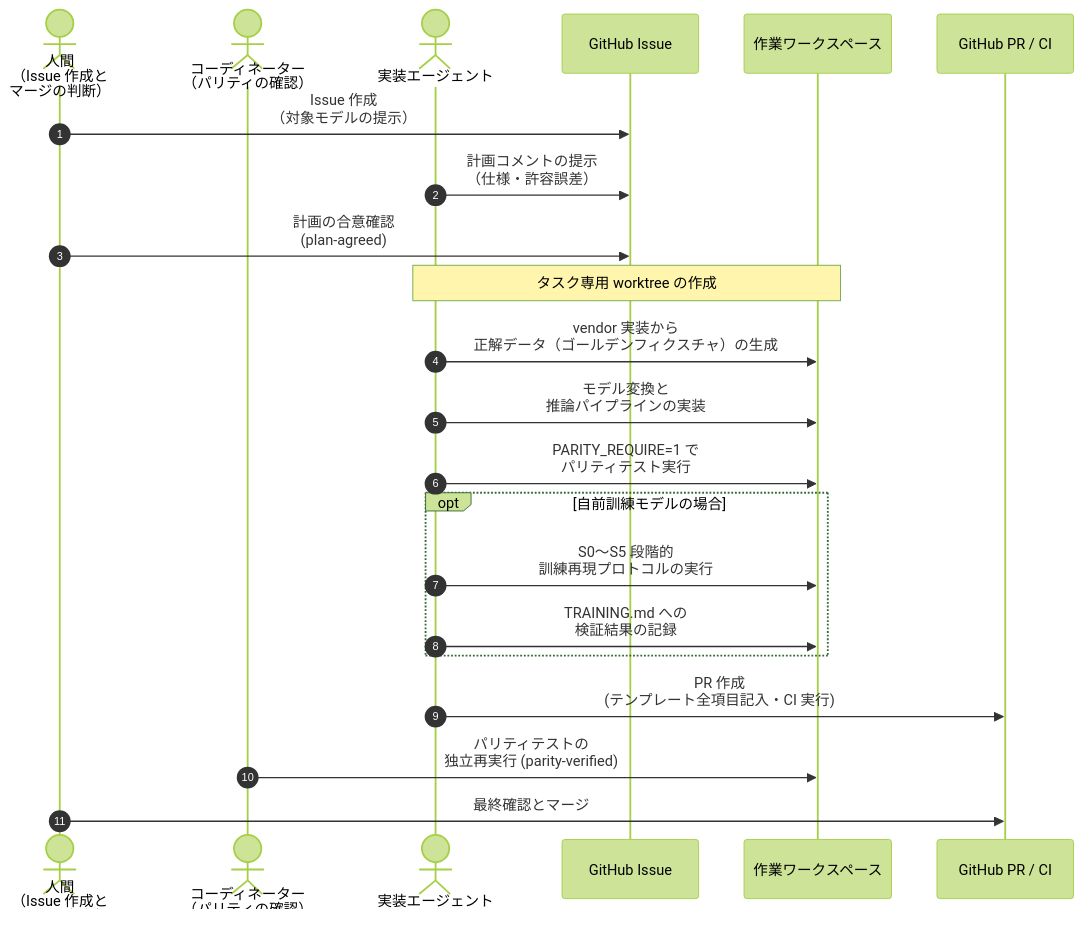
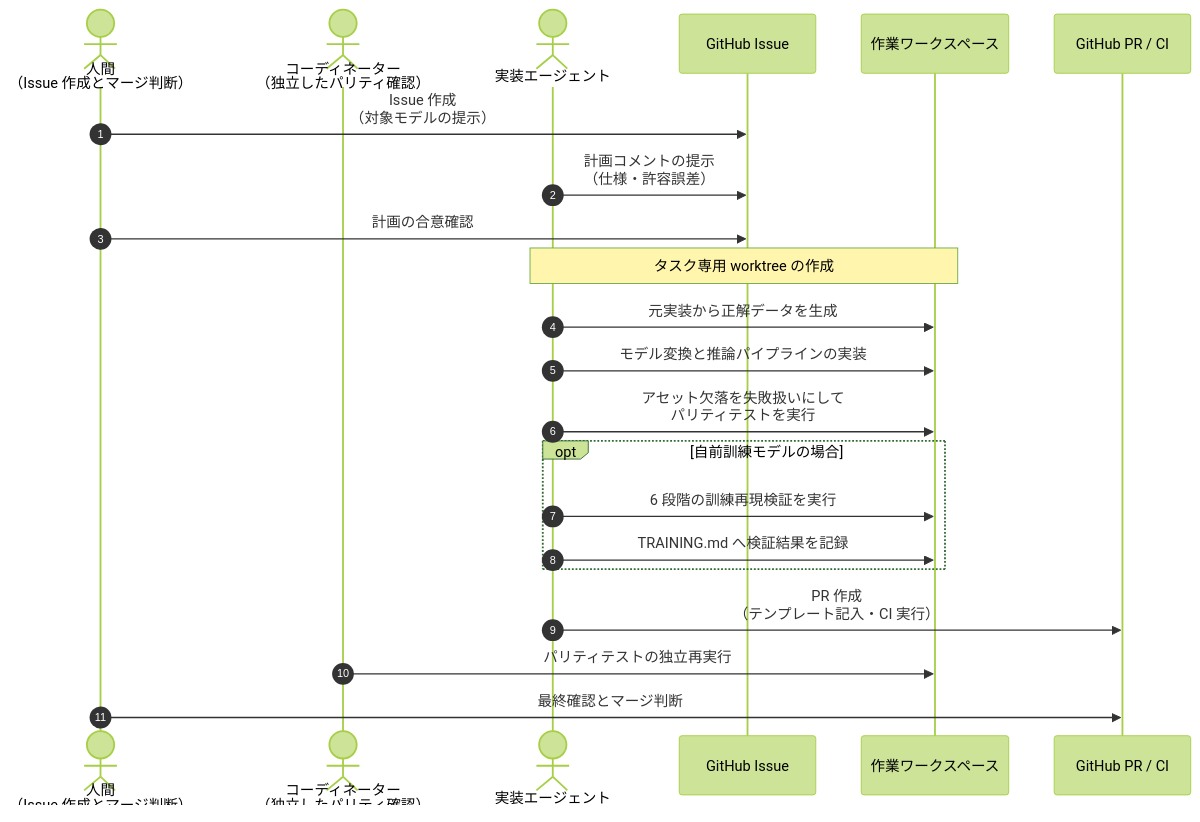
The second of 3 diagrams in articles/design-generators-harness.md (shunk031/zenn-contents), drawn with Mermaid (forest theme) before and after one commit. The commit also changed other lines of this file, not shown here.

````diff
--- a/articles/design-generators-harness.md
+++ b/articles/design-generators-harness.md
@@ -117,25 +112,25 @@
 ```mermaid
 sequenceDiagram
     autonumber
-    actor Dev as 人間<br>（Issue 作成と<br>マージの判断）
-    actor Coord as コーディネーター<br>（パリティの確認）
+    actor Dev as 人間<br>（Issue 作成とマージ判断）
+    actor Coord as コーディネーター<br>（独立したパリティ確認）
     actor Agent as 実装エージェント
     participant Issue as GitHub Issue
     participant Worktree as 作業ワークスペース
     participant PR as GitHub PR / CI
 
     Dev->>Issue: Issue 作成<br>（対象モデルの提示）
     Agent->>Issue: 計画コメントの提示<br>（仕様・許容誤差）
-    Dev->>Issue: 計画の合意確認<br>(plan-agreed)
+    Dev->>Issue: 計画の合意確認
     Note over Agent,Worktree: タスク専用 worktree の作成
-    Agent->>Worktree: vendor 実装から<br>正解データ（ゴールデンフィクスチャ）の生成
-    Agent->>Worktree: モデル変換と<br>推論パイプラインの実装
-    Agent->>Worktree: PARITY_REQUIRE=1 で<br>パリティテスト実行
+    Agent->>Worktree: 元実装から正解データを生成
+    Agent->>Worktree: モデル変換と推論パイプラインの実装
+    Agent->>Worktree: アセット欠落を失敗扱いにして<br>パリティテストを実行
     opt 自前訓練モデルの場合
-        Agent->>Worktree: S0〜S5 段階的<br>訓練再現プロトコルの実行
-        Agent->>Worktree: TRAINING.md への<br>検証結果の記録
+        Agent->>Worktree: 6 段階の訓練再現検証を実行
+        Agent->>Worktree: TRAINING.md へ検証結果を記録
     end
-    Agent->>PR: PR 作成<br>(テンプレート全項目記入・CI 実行)
-    Coord->>Worktree: パリティテストの<br>独立再実行 (parity-verified)
-    Dev->>PR: 最終確認とマージ
+    Agent->>PR: PR 作成<br>（テンプレート記入・CI 実行）
+    Coord->>Worktree: パリティテストの独立再実行
+    Dev->>PR: 最終確認とマージ判断
 ```
````
